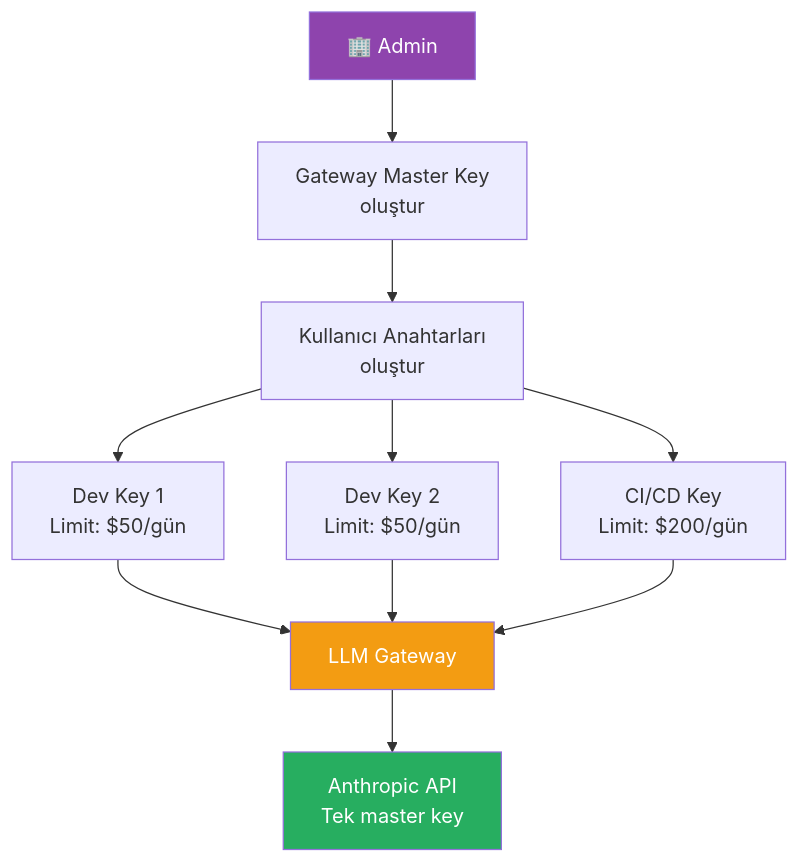
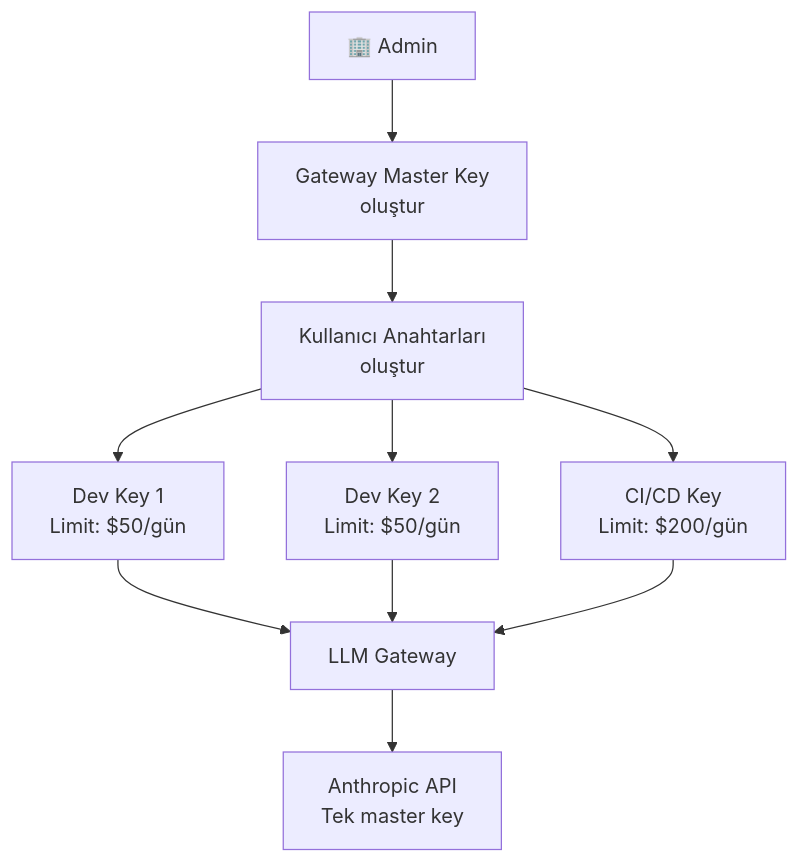
One commit to IzzetYasinAtes/ClaudeCodeHandbook changed the fifth of 6 diagrams in 18-kurumsal-kullanim/05-llm-gateway.md. Above: the diagram before and after it, drawn with Mermaid. The commit also changed other lines of this file and 97 other files, not shown here.

Commit message:
Remove all custom Mermaid style/fill colors from 98 markdown files for consistent dark theme rendering

````diff
--- a/18-kurumsal-kullanim/05-llm-gateway.md
+++ b/18-kurumsal-kullanim/05-llm-gateway.md
@@ -192,19 +176,16 @@
 ```mermaid
 flowchart TD
     ADMIN["🏢 Admin"] --> GW_KEY["Gateway Master Key<br/>oluştur"]
     GW_KEY --> USER_KEYS["Kullanıcı Anahtarları<br/>oluştur"]
 
     USER_KEYS --> K1["Dev Key 1<br/>Limit: $50/gün"]
     USER_KEYS --> K2["Dev Key 2<br/>Limit: $50/gün"]
     USER_KEYS --> K3["CI/CD Key<br/>Limit: $200/gün"]
 
     K1 --> GW["LLM Gateway"]
     K2 --> GW
     K3 --> GW
 
     GW --> API["Anthropic API<br/>Tek master key"]
 
-    style ADMIN fill:#8E44AD,color:#fff
-    style GW fill:#F39C12,color:#fff
-    style API fill:#27AE60,color:#fff
 ```
````
